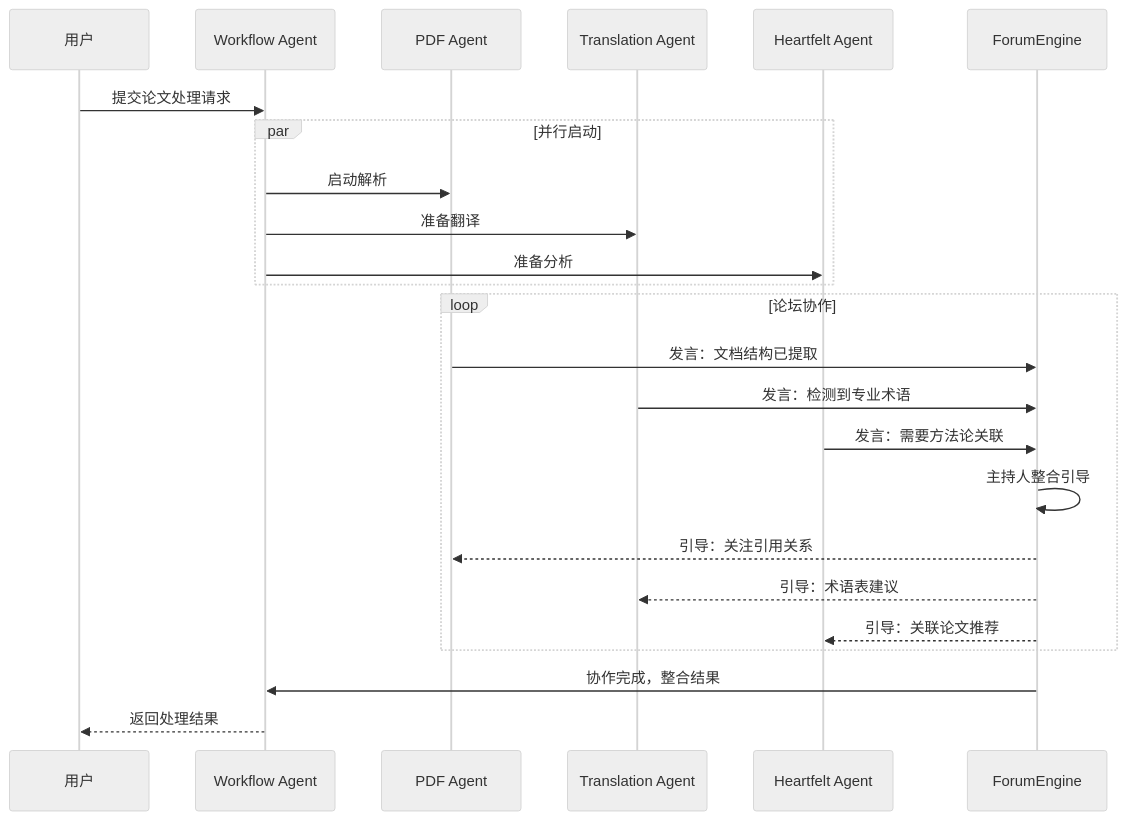
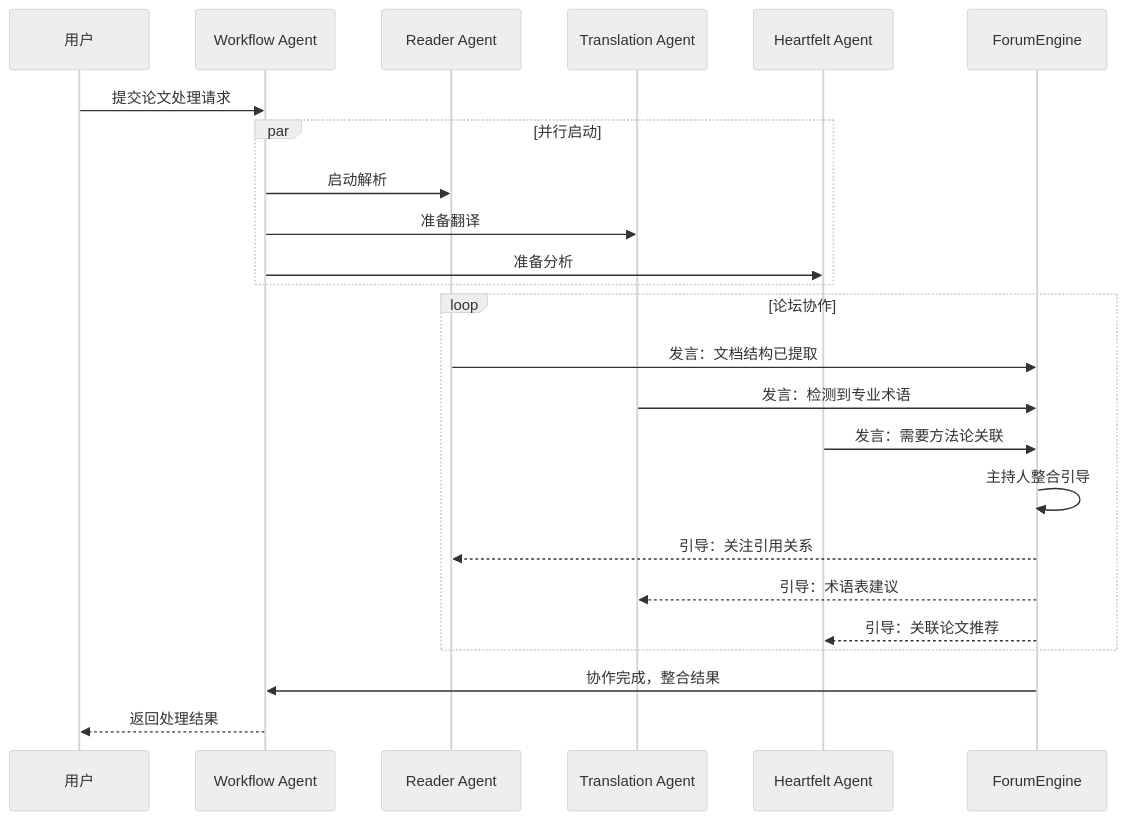
One commit to ThreeFish-AI/agentic-ai-cognizes changed the seventh of 12 diagrams in docs/000-prd.md. Above: the diagram before and after it, drawn with Mermaid (neutral theme). The commit also changed other lines of this file and 2 other files, not shown here.

````diff
--- a/docs/000-prd.md
+++ b/docs/000-prd.md
@@ -311,30 +321,30 @@
 ```mermaid
 sequenceDiagram
     participant U as 用户
     participant WA as Workflow Agent
-    participant PA as PDF Agent
+    participant RA as Reader Agent
     participant TA as Translation Agent
     participant HA as Heartfelt Agent
     participant FE as ForumEngine
 
     U->>WA: 提交论文处理请求
 
     par 并行启动
-        WA->>PA: 启动解析
+        WA->>RA: 启动解析
         WA->>TA: 准备翻译
         WA->>HA: 准备分析
     end
 
     loop 论坛协作
-        PA->>FE: 发言：文档结构已提取
+        RA->>FE: 发言：文档结构已提取
         TA->>FE: 发言：检测到专业术语
         HA->>FE: 发言：需要方法论关联
         FE->>FE: 主持人整合引导
-        FE-->>PA: 引导：关注引用关系
+        FE-->>RA: 引导：关注引用关系
         FE-->>TA: 引导：术语表建议
         FE-->>HA: 引导：关联论文推荐
     end
 
     FE->>WA: 协作完成，整合结果
     WA-->>U: 返回处理结果
 ```
````
